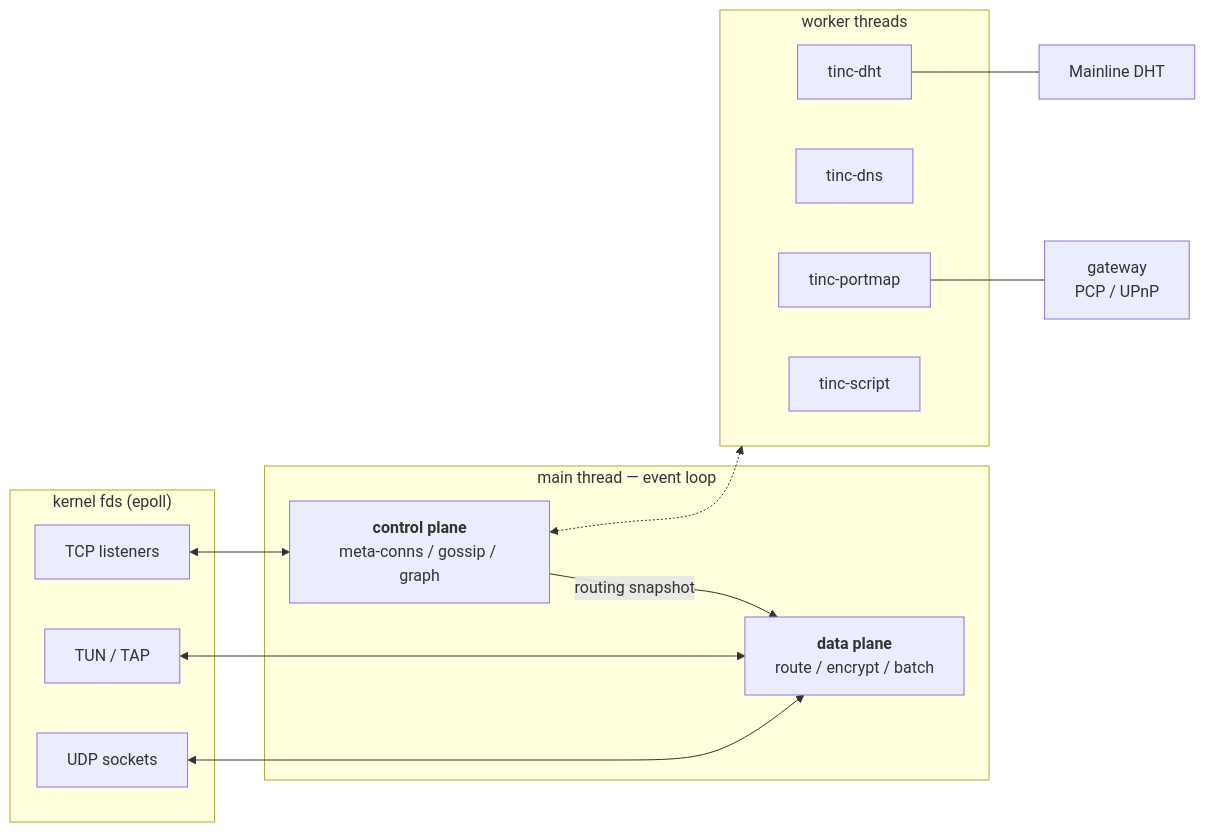
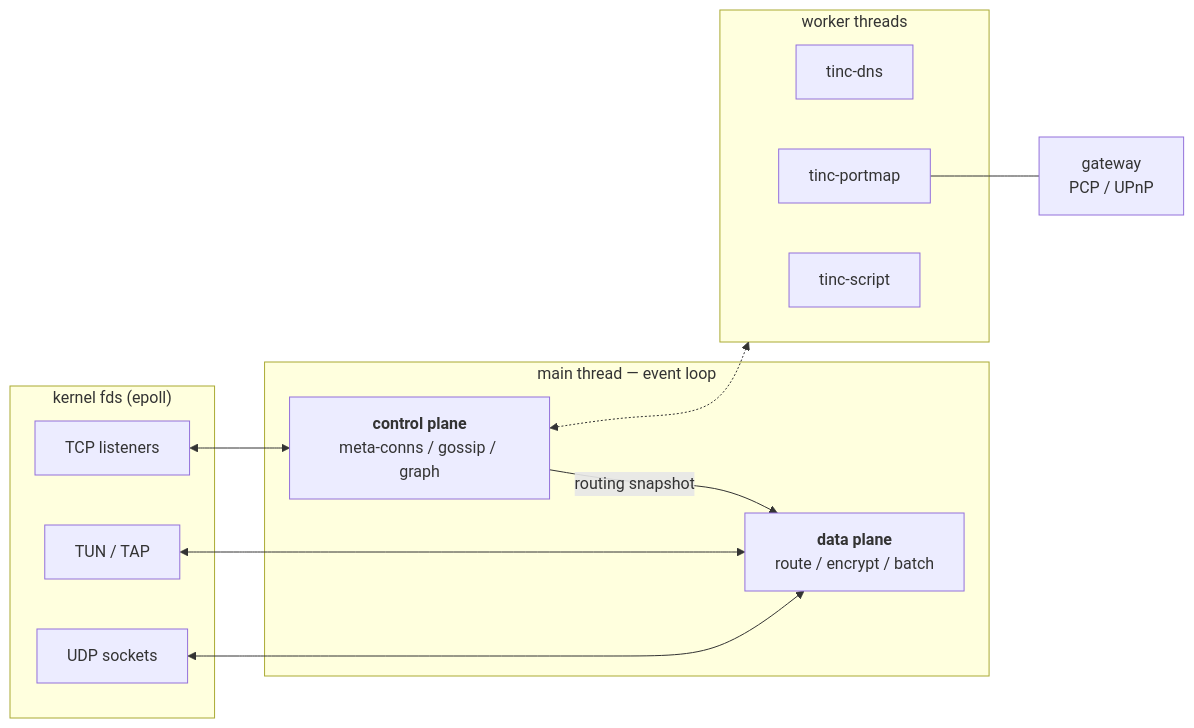
Before and after one commit to Mic92/tincr: the first of 2 diagrams in docs/ARCHITECTURE.md, drawn with Mermaid. The commit also changed other lines of this file and 45 other files, not shown here.

````diff
--- a/docs/ARCHITECTURE.md
+++ b/docs/ARCHITECTURE.md
@@ -12,26 +12,24 @@
 ```mermaid
 flowchart LR
     subgraph kernel ["kernel fds (epoll)"]
         tun["TUN / TAP"]
         udp["UDP sockets"]
         tcp["TCP listeners"]
     end
     subgraph main ["main thread — event loop"]
         dp["<b>data plane</b><br/>route / encrypt / batch"]
         cp["<b>control plane</b><br/>meta-conns / gossip / graph"]
         cp -- "routing snapshot" --> dp
     end
     subgraph workers ["worker threads"]
-        dht["tinc-dht"]
         dns["tinc-dns"]
         pm["tinc-portmap"]
         scr["tinc-script"]
     end
 
     tun <--> dp
     udp <--> dp
     tcp <--> cp
     cp  <-.-> workers
-    dht --- mainline["Mainline DHT"]
     pm  --- gw["gateway<br/>PCP / UPnP"]
 ```
````
